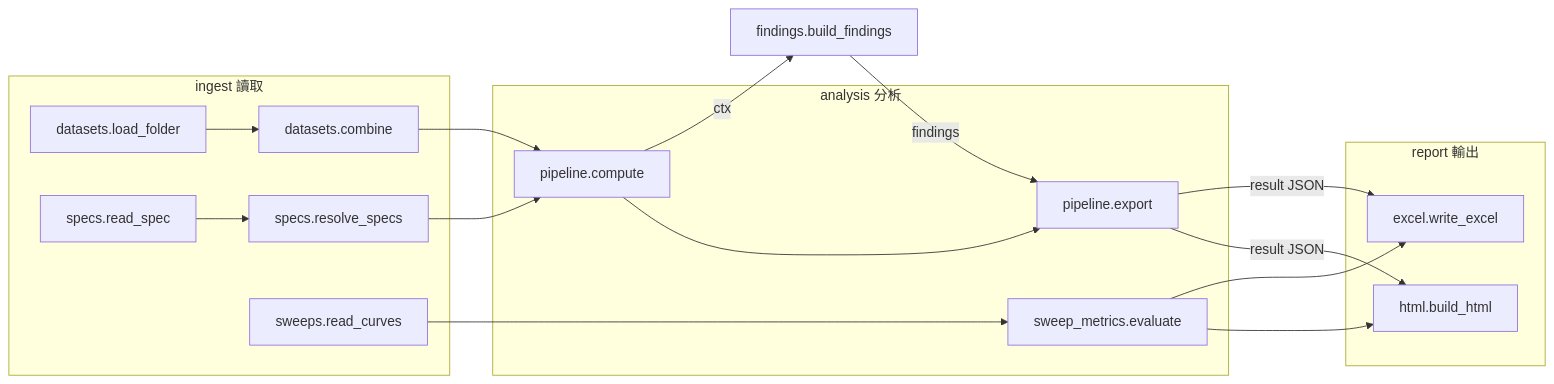
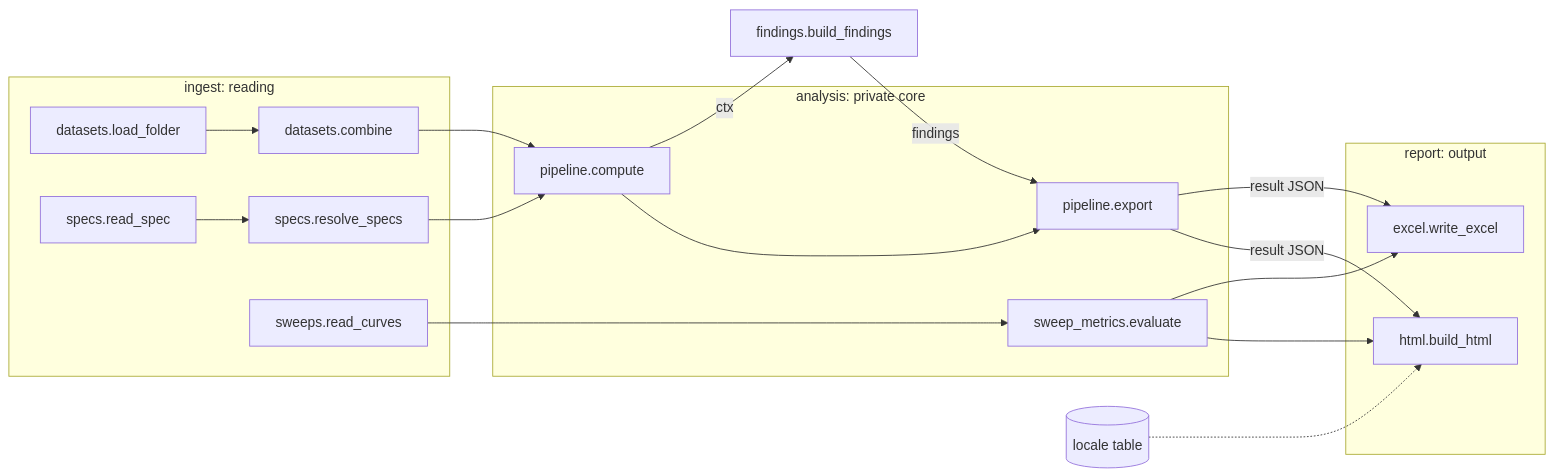
One commit to Z3X1/PIC_Data_Analysis changed the diagram in docs/01_architecture.md. Above: the diagram before and after it, drawn with Mermaid. The commit also changed other lines of this file and 55 other files, not shown here.

````diff
--- a/docs/01_architecture.md
+++ b/docs/01_architecture.md
@@ -30,22 +31,24 @@
 ```mermaid
 flowchart LR
-  subgraph ingest[ingest 讀取]
+  subgraph ingest[ingest: reading]
     A[datasets.load_folder] --> B[datasets.combine]
     S[specs.read_spec] --> SR[specs.resolve_specs]
     W[sweeps.read_curves]
   end
-  subgraph analysis[analysis 分析]
+  subgraph analysis[analysis: private core]
     C[pipeline.compute] --> X[pipeline.export]
     WM[sweep_metrics.evaluate]
   end
   F[findings.build_findings]
-  subgraph report[report 輸出]
+  subgraph report[report: output]
     H[html.build_html]
     E[excel.write_excel]
   end
+  L[(locale table)]
   B --> C
   SR --> C
   C -- ctx --> F -- findings --> X
   X -- result JSON --> H & E
   W --> WM --> H & E
+  L -.-> H
 ```
````
